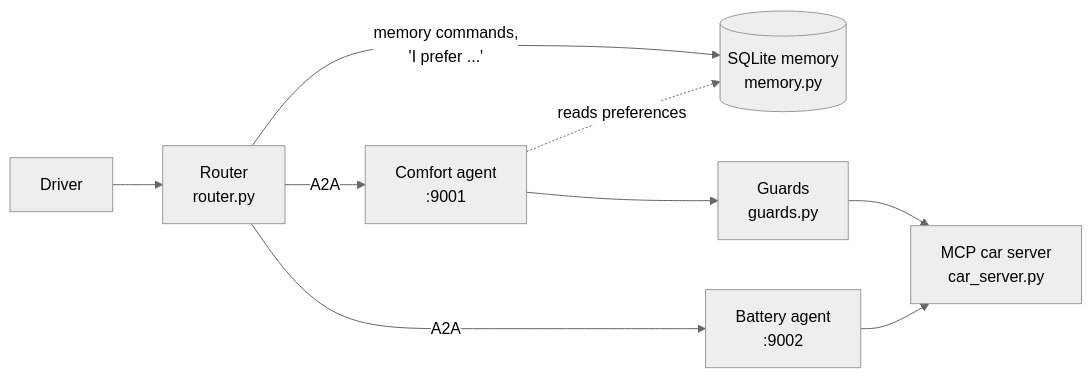
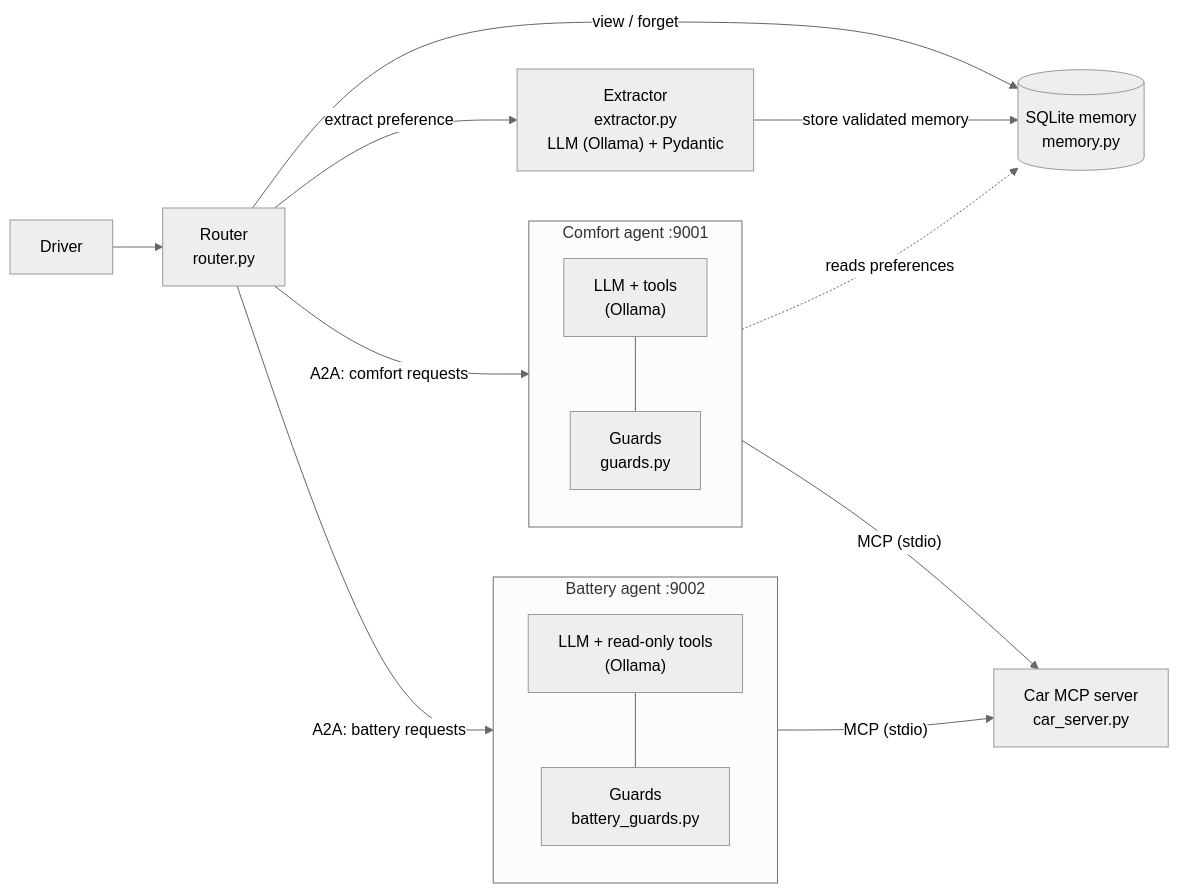
Before and after one commit to ahmadqb/car-memory-agent: the diagram in README.md, drawn with Mermaid (neutral theme).

Commit message:
README: update architecture diagram

````diff
--- a/README.md
+++ b/README.md
@@ -9,11 +9,20 @@
 ```mermaid
 flowchart LR
-    D[Driver] --> R[Router<br/>router.py]
-    R -- "memory commands,<br/>'I prefer ...'" --> M[(SQLite memory<br/>memory.py)]
-    R -- "A2A" --> C[Comfort agent<br/>:9001]
-    R -- "A2A" --> B[Battery agent<br/>:9002]
-    C --> G[Guards<br/>guards.py]
-    G --> S[MCP car server<br/>car_server.py]
-    B --> S
+    D[Driver] --> R["Router<br/>router.py"]
+    R -- "view / forget" --> M[("SQLite memory<br/>memory.py")]
+    R -- "extract preference" --> X["Extractor<br/>extractor.py<br/>LLM (Ollama) + Pydantic"]
+    X -- "store validated memory" --> M
+    R -- "A2A: comfort requests" --> C
+    R -- "A2A: battery requests" --> B
+
+    subgraph C["Comfort agent :9001"]
+        CL["LLM + tools<br/>(Ollama)"] --- CG["Guards<br/>guards.py"]
+    end
+    subgraph B["Battery agent :9002"]
+        BL["LLM + read-only tools<br/>(Ollama)"] --- BG["Guards<br/>battery_guards.py"]
+    end
+
     C -. "reads preferences" .-> M
+    C -- "MCP (stdio)" --> S["Car MCP server<br/>car_server.py"]
+    B -- "MCP (stdio)" --> S
 ```
````
